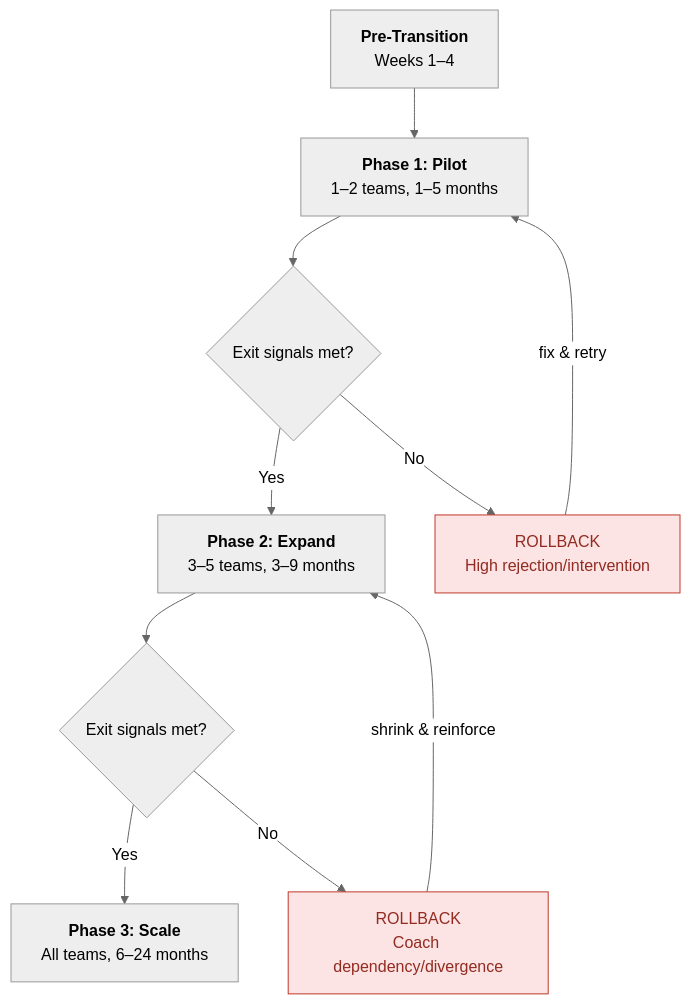
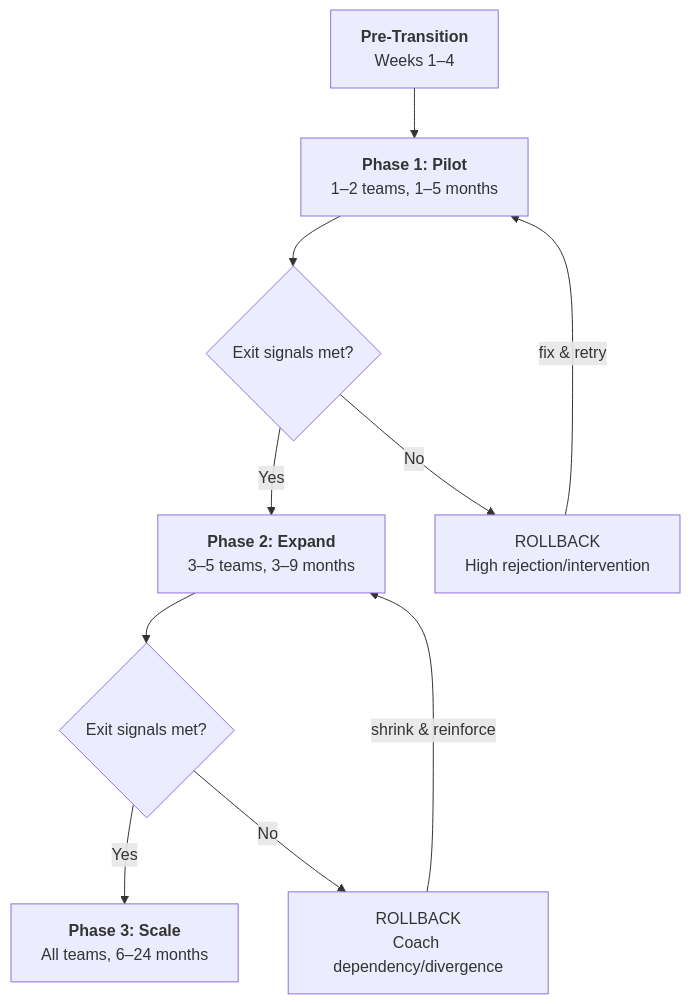
Before and after one commit to danielmeppiel/agentic-sdlc-handbook: the diagram in handbook/ch07-planning-the-transition.qmd, drawn with Mermaid. The commit also changed 17 other files, not shown here.

First line of the commit message:
fix: remove all Mermaid theme overrides, use Quarto native theming

````diff
--- a/handbook/ch07-planning-the-transition.qmd
+++ b/handbook/ch07-planning-the-transition.qmd
@@ -84,36 +84,33 @@
 ```{mermaid}
 %%| fig-width: 6.5
 %%| label: fig-transition-roadmap
 %%| fig-cap: "Three-phase transition roadmap with exit signals and rollback triggers"
 %%| fig-alt: "Top-to-bottom flowchart showing a three-phase agentic transition roadmap. Pre-Transition (Weeks 1-4) flows down to Phase 1 Pilot (1-2 teams, 1-5 months), which reaches a decision diamond 'Exit signals met?'. Yes leads to Phase 2 Expand (3-5 teams, 3-9 months); No leads to Rollback node 'High rejection/intervention' which loops back to Phase 1 via 'fix and retry'. Phase 2 reaches a second decision diamond 'Exit signals met?'. Yes leads to Phase 3 Scale (All teams, 6-24 months); No leads to Rollback node 'Coach dependency/divergence' which loops back to Phase 2 via 'shrink and reinforce'. Rollback nodes are red, phases progress from blue to orange to green."
-%%{init: {'theme': 'neutral'}}%%
 flowchart TB
     PRE["<b>Pre-Transition</b><br/>Weeks 1–4"]
 
     P1["<b>Phase 1: Pilot</b><br/>1–2 teams, 1–5 months"]
 
     G1{"Exit signals met?"}
 
     P2["<b>Phase 2: Expand</b><br/>3–5 teams, 3–9 months"]
 
     G2{"Exit signals met?"}
 
     P3["<b>Phase 3: Scale</b><br/>All teams, 6–24 months"]
 
     RB1["ROLLBACK<br/>High rejection/intervention"]
 
     RB2["ROLLBACK<br/>Coach dependency/divergence"]
 
     PRE --> P1
     P1 --> G1
     G1 -->|"Yes"| P2
     G1 -->|"No"| RB1
     RB1 -->|"fix & retry"| P1
     P2 --> G2
     G2 -->|"Yes"| P3
     G2 -->|"No"| RB2
     RB2 -->|"shrink & reinforce"| P2
 
-    style RB1 fill:#fce4e4,stroke:#c0392b,color:#922b21
-    style RB2 fill:#fce4e4,stroke:#c0392b,color:#922b21
 ```
````
